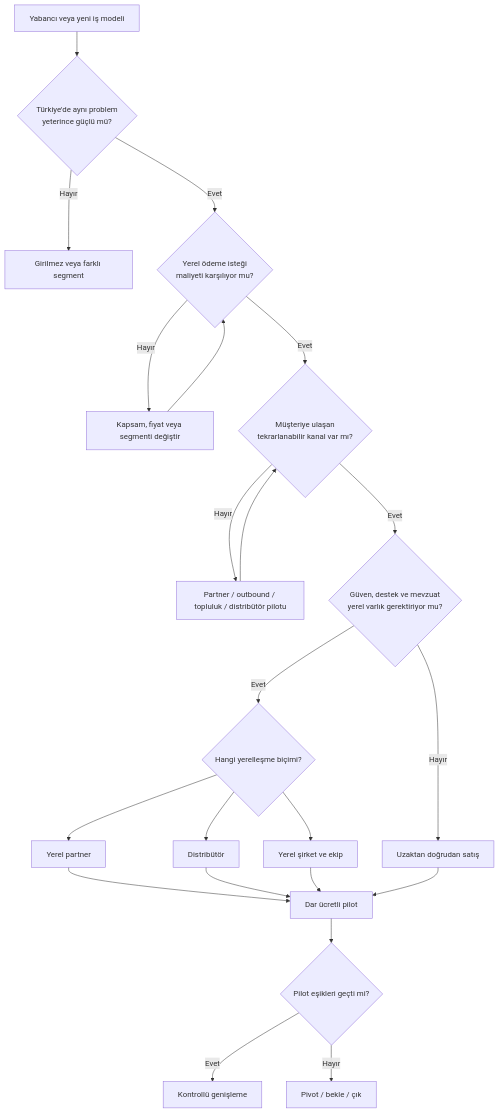
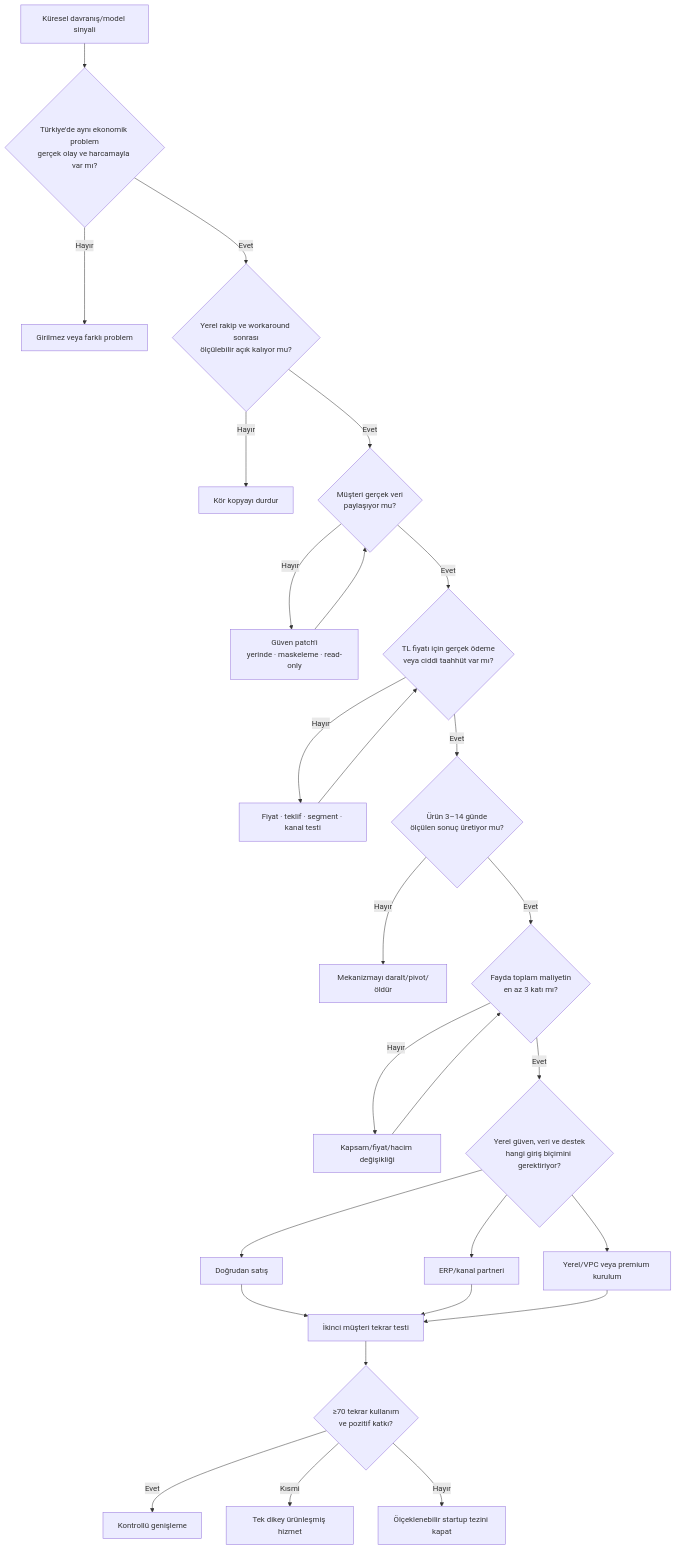
The diagram in docs/startup/turkiyeye-giris.md (lightlessy/faruk-knowledge-base), drawn with Mermaid before and after one commit. The commit also changed other lines of this file and 13 other files, not shown here.

````diff
--- a/docs/startup/turkiyeye-giris.md
+++ b/docs/startup/turkiyeye-giris.md
@@ -9,24 +35,29 @@
 ```mermaid
 flowchart TD
-    A[Yabancı veya yeni iş modeli] --> B{Türkiye'de aynı problem<br/>yeterince güçlü mü?}
-    B -->|Hayır| X[Girilmez veya farklı segment]
-    B -->|Evet| C{Yerel ödeme isteği<br/>maliyeti karşılıyor mu?}
-    C -->|Hayır| C1[Kapsam, fiyat veya segmenti değiştir]
-    C1 --> C
-    C -->|Evet| D{Müşteriye ulaşan<br/>tekrarlanabilir kanal var mı?}
-    D -->|Hayır| D1[Partner / outbound / topluluk / distribütör pilotu]
-    D1 --> D
-    D -->|Evet| E{Güven, destek ve mevzuat<br/>yerel varlık gerektiriyor mu?}
-    E -->|Hayır| F[Uzaktan doğrudan satış]
-    E -->|Evet| G{Hangi yerelleşme biçimi?}
-    G --> H[Yerel partner]
-    G --> I[Distribütör]
-    G --> J[Yerel şirket ve ekip]
-    H --> K[Dar ücretli pilot]
-    I --> K
-    J --> K
-    F --> K
-    K --> L{Pilot eşikleri geçti mi?}
-    L -->|Evet| M[Kontrollü genişleme]
-    L -->|Hayır| N[Pivot / bekle / çık]
+    A["Küresel davranış/model sinyali"] --> B{"Türkiye'de aynı ekonomik problem<br/>gerçek olay ve harcamayla var mı?"}
+    B -->|Hayır| X["Girilmez veya farklı problem"]
+    B -->|Evet| C{"Yerel rakip ve workaround sonrası<br/>ölçülebilir açık kalıyor mu?"}
+    C -->|Hayır| C0["Kör kopyayı durdur"]
+    C -->|Evet| D{"Müşteri gerçek veri<br/>paylaşıyor mu?"}
+    D -->|Hayır| D0["Güven patch'i<br/>yerinde · maskeleme · read-only"]
+    D0 --> D
+    D -->|Evet| E{"TL fiyatı için gerçek ödeme<br/>veya ciddi taahhüt var mı?"}
+    E -->|Hayır| E0["Fiyat · teklif · segment · kanal testi"]
+    E0 --> E
+    E -->|Evet| F{"Ürün 3–14 günde<br/>ölçülen sonuç üretiyor mu?"}
+    F -->|Hayır| F0["Mekanizmayı daralt/pivot/öldür"]
+    F -->|Evet| G{"Fayda toplam maliyetin<br/>en az 3 katı mı?"}
+    G -->|Hayır| G0["Kapsam/fiyat/hacim değişikliği"]
+    G0 --> G
+    G -->|Evet| H{"Yerel güven, veri ve destek<br/>hangi giriş biçimini gerektiriyor?"}
+    H --> I["Doğrudan satış"]
+    H --> J["ERP/kanal partneri"]
+    H --> K["Yerel/VPC veya premium kurulum"]
+    I --> L["İkinci müşteri tekrar testi"]
+    J --> L
+    K --> L
+    L --> M{"≥70 tekrar kullanım<br/>ve pozitif katkı?"}
+    M -->|Evet| N["Kontrollü genişleme"]
+    M -->|Kısmi| O["Tek dikey ürünleşmiş hizmet"]
+    M -->|Hayır| P["Ölçeklenebilir startup tezini kapat"]
 ```
````
